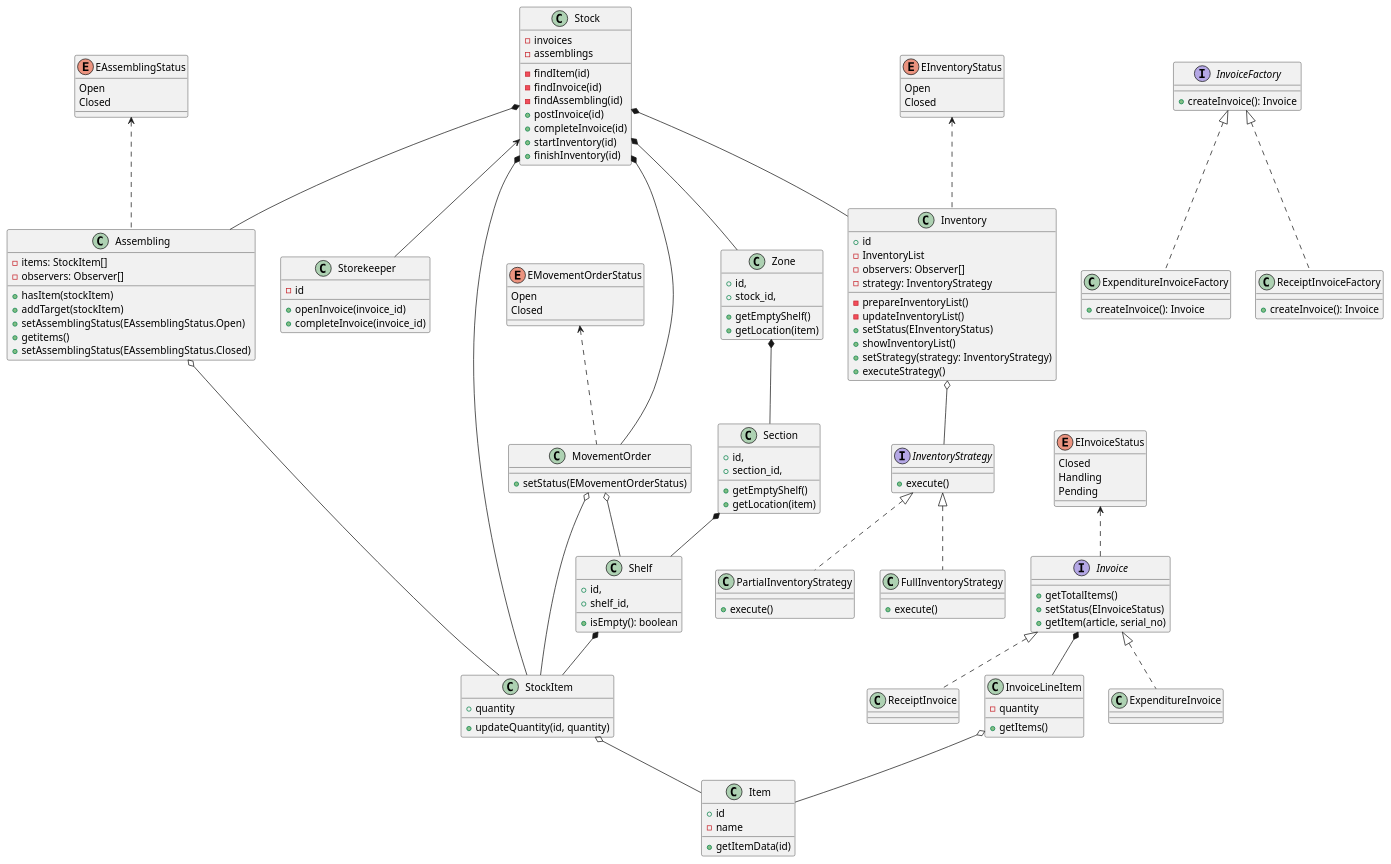
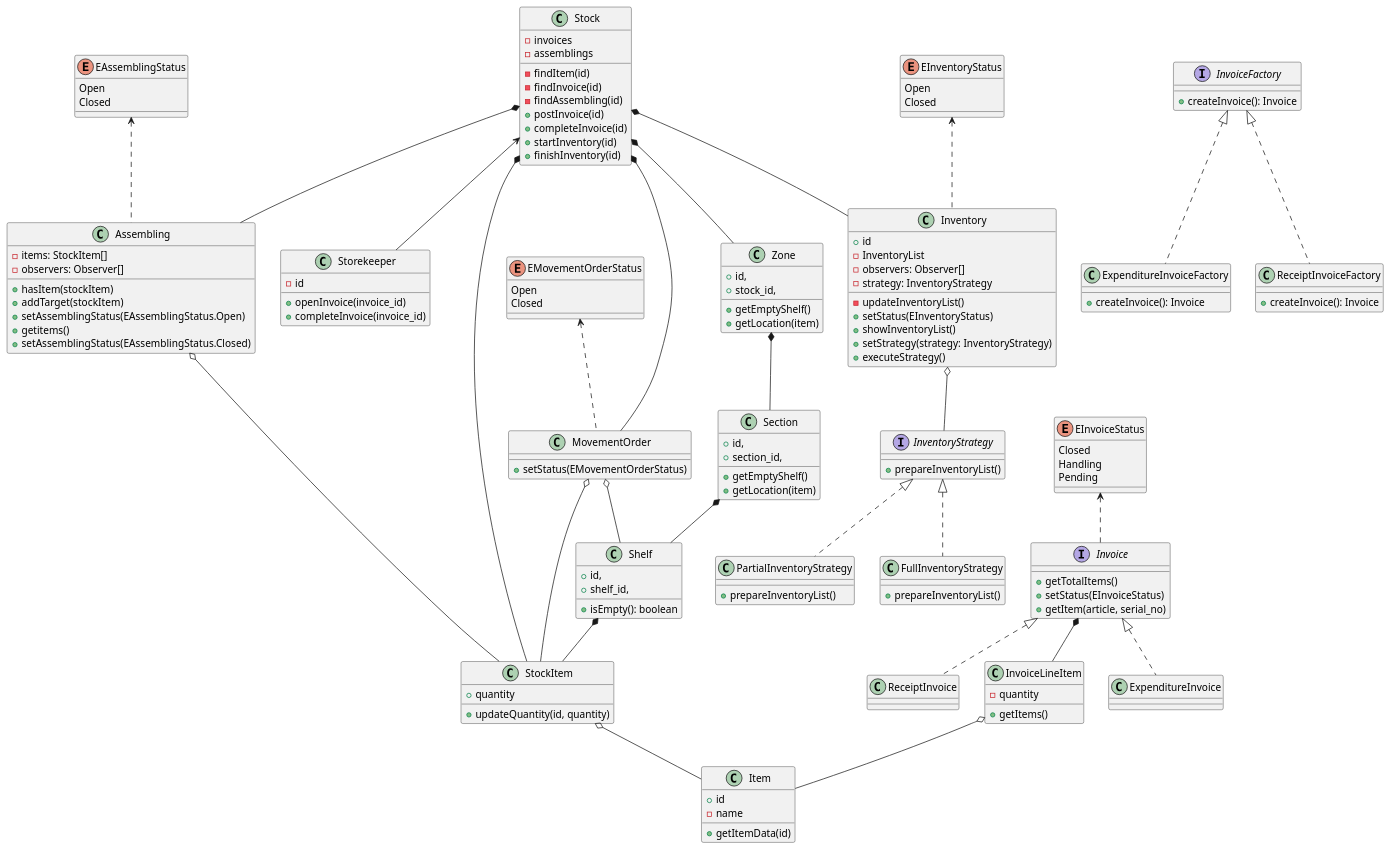
Before and after one commit to penamarth/bsbo-02-21_team5_var6_sklad: the diagram in warehouse/диаграмма_классов.md, drawn with PlantUML.

Commit message:
update diagram classes

```diff
--- a/warehouse/диаграмма_классов.md
+++ b/warehouse/диаграмма_классов.md
@@ -103,7 +103,6 @@
   -InventoryList
   -observers: Observer[]
   -strategy: InventoryStrategy
-  -prepareInventoryList()
   -updateInventoryList()
   +setStatus(EInventoryStatus)
   +showInventoryList()
@@ -124,15 +123,15 @@
 }
 
 interface InventoryStrategy {
-  +execute()
+  +prepareInventoryList()
 }
 
 class FullInventoryStrategy {
-  +execute()
+  +prepareInventoryList()
 }
 
 class PartialInventoryStrategy {
-  +execute()
+  +prepareInventoryList()
 }
 
 Stock *-- Inventory
```
